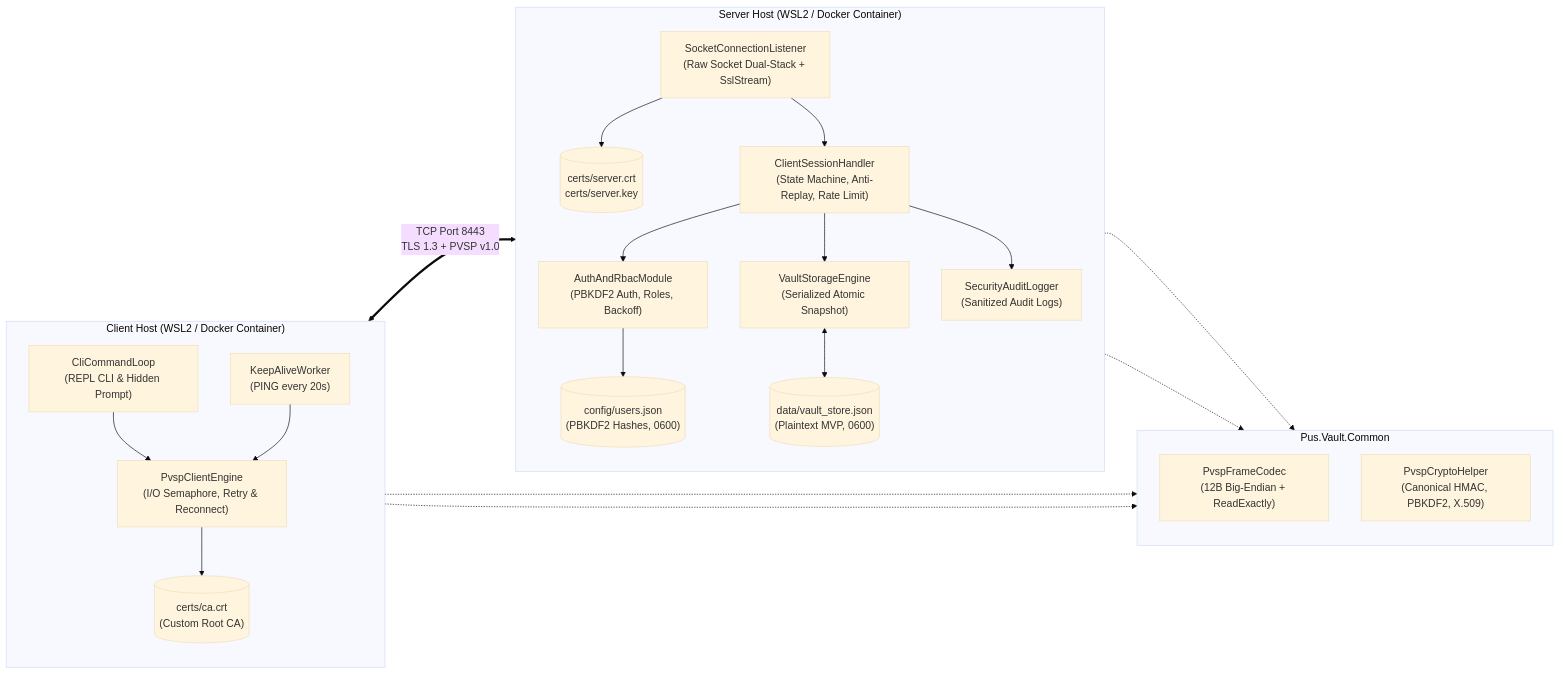
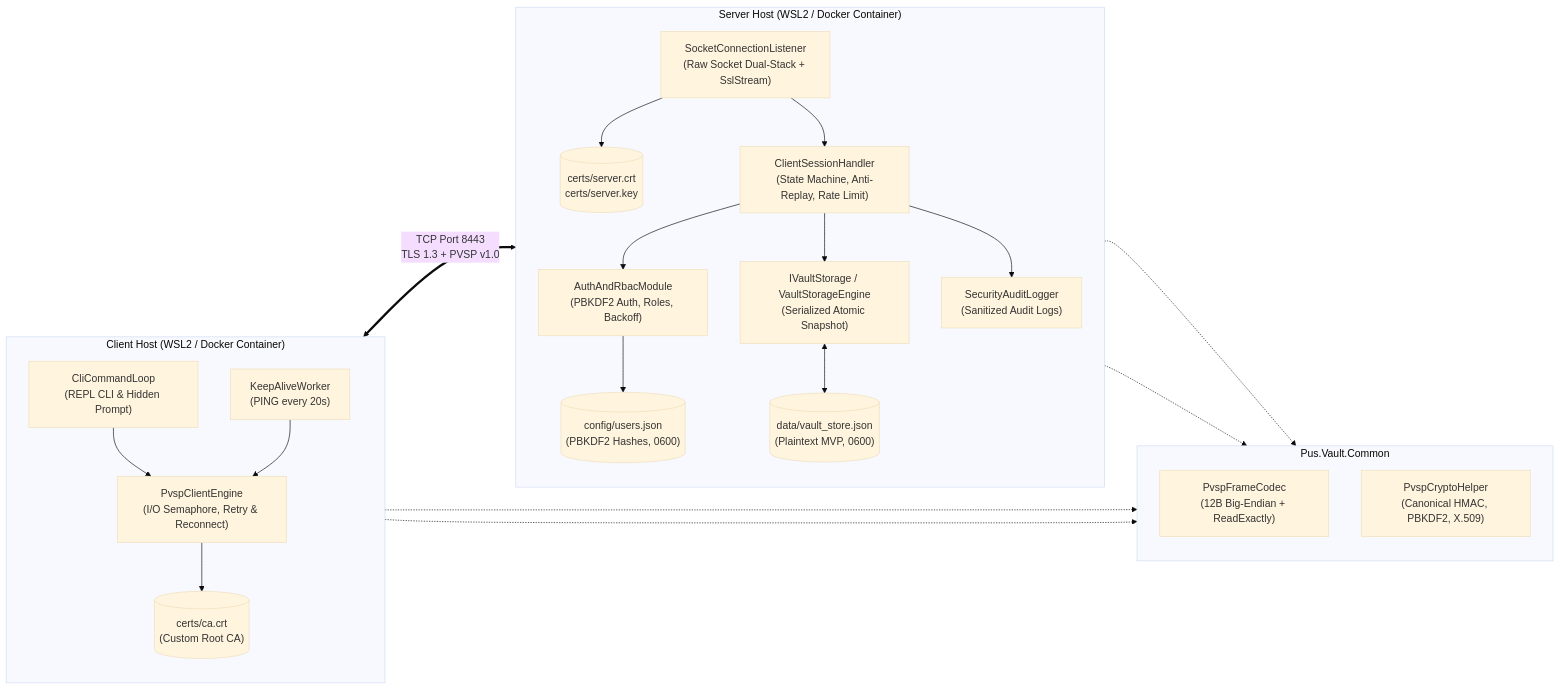
The first of 2 diagrams in PusVault/README.md (zephir-x/pk-pus), drawn with Mermaid (base theme) before and after one commit. The commit also changed other lines of this file and 14 other files, not shown here.

````diff
--- a/PusVault/README.md
+++ b/PusVault/README.md
@@ -57,32 +57,32 @@
 ```mermaid
 flowchart LR
     subgraph ClientHost ["Client Host (WSL2 / Docker Container)"]
         direction TB
         CLI["CliCommandLoop<br/>(REPL CLI & Hidden Prompt)"] --> CEngine["PvspClientEngine<br/>(I/O Semaphore, Retry & Reconnect)"]
         KA["KeepAliveWorker<br/>(PING every 20s)"] --> CEngine
         CEngine --> CA_Cert[("certs/ca.crt<br/>(Custom Root CA)")]
     end
 
     subgraph CommonLib ["Pus.Vault.Common"]
         direction TB
         Codec["PvspFrameCodec<br/>(12B Big-Endian + ReadExactly)"]
         Crypto["PvspCryptoHelper<br/>(Canonical HMAC, PBKDF2, X.509)"]
     end
 
     subgraph ServerHost ["Server Host (WSL2 / Docker Container)"]
         direction TB
         Listener["SocketConnectionListener<br/>(Raw Socket Dual-Stack + SslStream)"] --> Srv_Cert[("certs/server.crt<br/>certs/server.key")]
         Listener --> Session["ClientSessionHandler<br/>(State Machine, Anti-Replay, Rate Limit)"]
         Session --> Auth["AuthAndRbacModule<br/>(PBKDF2 Auth, Roles, Backoff)"]
         Auth --> Users_File[("config/users.json<br/>(PBKDF2 Hashes, 0600)")]
-        Session --> Storage["VaultStorageEngine<br/>(Serialized Atomic Snapshot)"]
+        Session --> Storage["IVaultStorage / VaultStorageEngine<br/>(Serialized Atomic Snapshot)"]
         Storage <--> DB_File[("data/vault_store.json<br/>(Plaintext MVP, 0600)")]
         Session --> Logger["SecurityAuditLogger<br/>(Sanitized Audit Logs)"]
     end
 
     CEngine <==>|"TCP Port 8443<br/>TLS 1.3 + PVSP v1.0"| Listener
     CEngine -.-> Codec
     CEngine -.-> Crypto
     Session -.-> Codec
     Session -.-> Crypto
 ```
````
